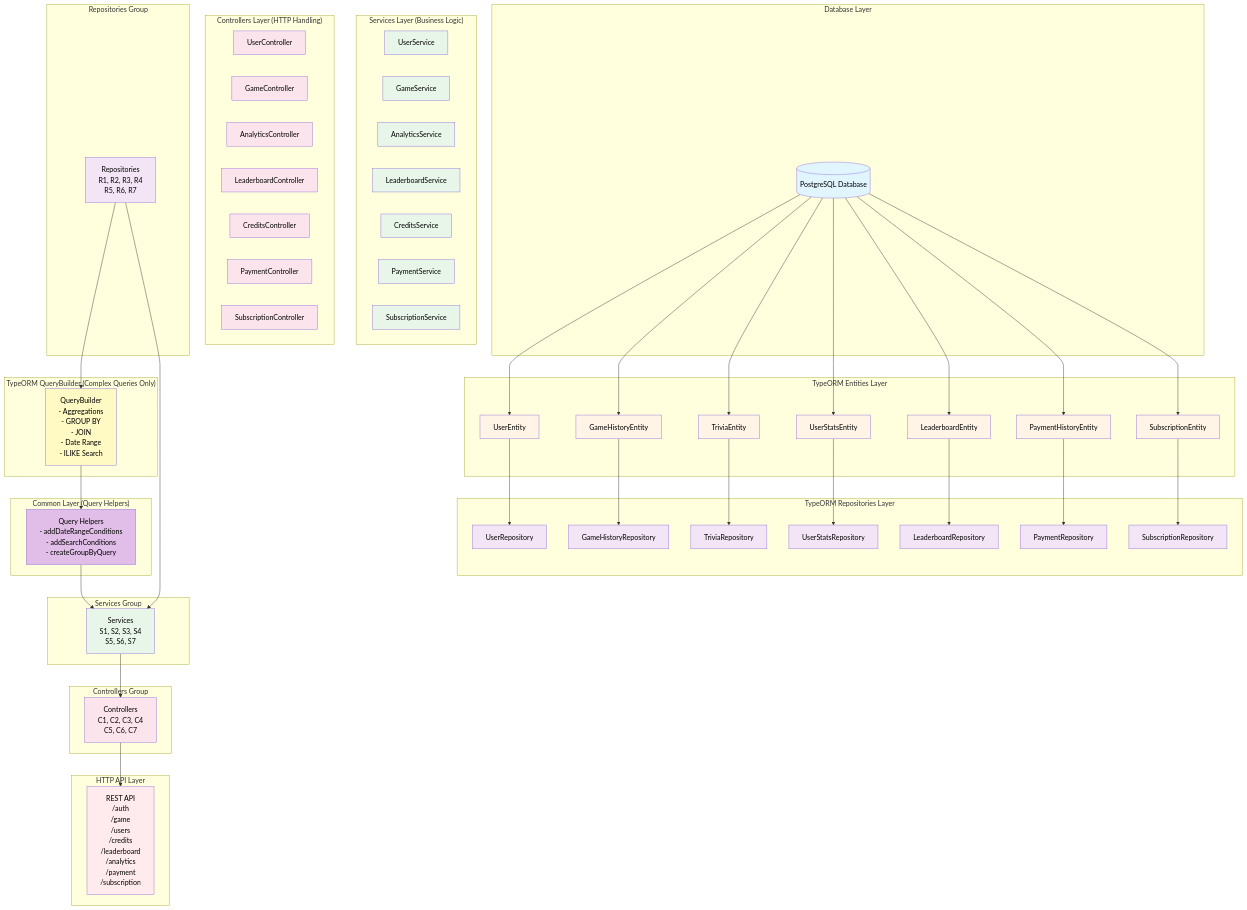
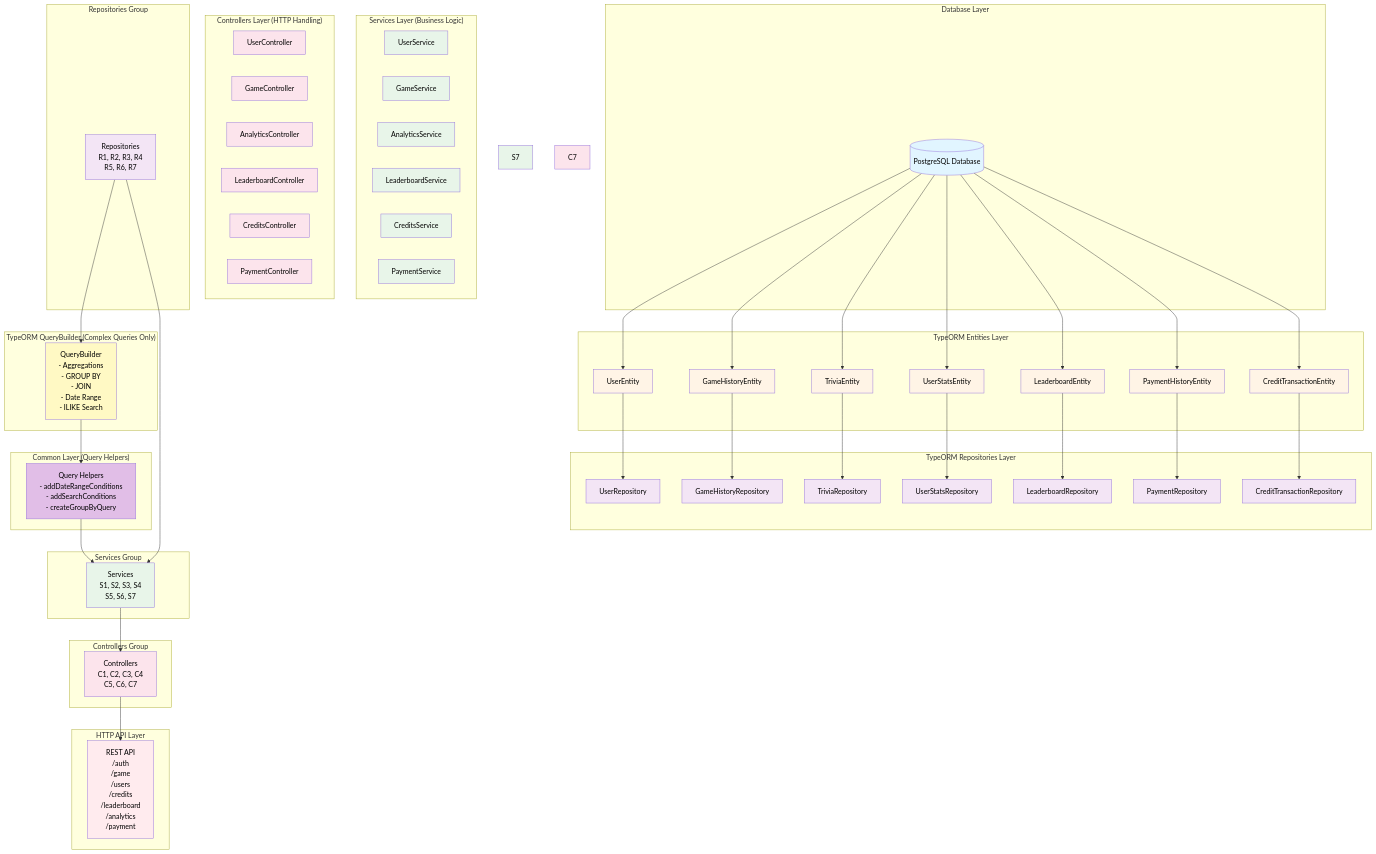
Diagram 25 of 28 in docs/DIAGRAMS.md (IsraelRub/EveryTriv), drawn with Mermaid before and after one commit. The commit also changed other lines of this file and 789 other files, not shown here.

```diff
--- a/docs/DIAGRAMS.md
+++ b/docs/DIAGRAMS.md
@@ -1662,7 +1584,7 @@
         E4[UserStatsEntity]
         E5[LeaderboardEntity]
         E6[PaymentHistoryEntity]
-        E7[SubscriptionEntity]
+        E7[CreditTransactionEntity]
     end
 
     subgraph "TypeORM Repositories Layer"
@@ -1672,7 +1594,7 @@
         R4[UserStatsRepository]
         R5[LeaderboardRepository]
         R6[PaymentRepository]
-        R7[SubscriptionRepository]
+        R7[CreditTransactionRepository]
     end
 
     subgraph "TypeORM QueryBuilder (Complex Queries Only)"
@@ -1690,7 +1612,6 @@
         S4[LeaderboardService]
         S5[CreditsService]
         S6[PaymentService]
-        S7[SubscriptionService]
     end
 
     subgraph "Controllers Layer (HTTP Handling)"
@@ -1700,11 +1621,10 @@
         C4[LeaderboardController]
         C5[CreditsController]
         C6[PaymentController]
-        C7[SubscriptionController]
     end
 
     subgraph "HTTP API Layer"
-        API[REST API<br/>/auth<br/>/game<br/>/users<br/>/credits<br/>/leaderboard<br/>/analytics<br/>/payment<br/>/subscription]
+        API[REST API<br/>/auth<br/>/game<br/>/users<br/>/credits<br/>/leaderboard<br/>/analytics<br/>/payment]
     end
 
     DB --> E1
```
